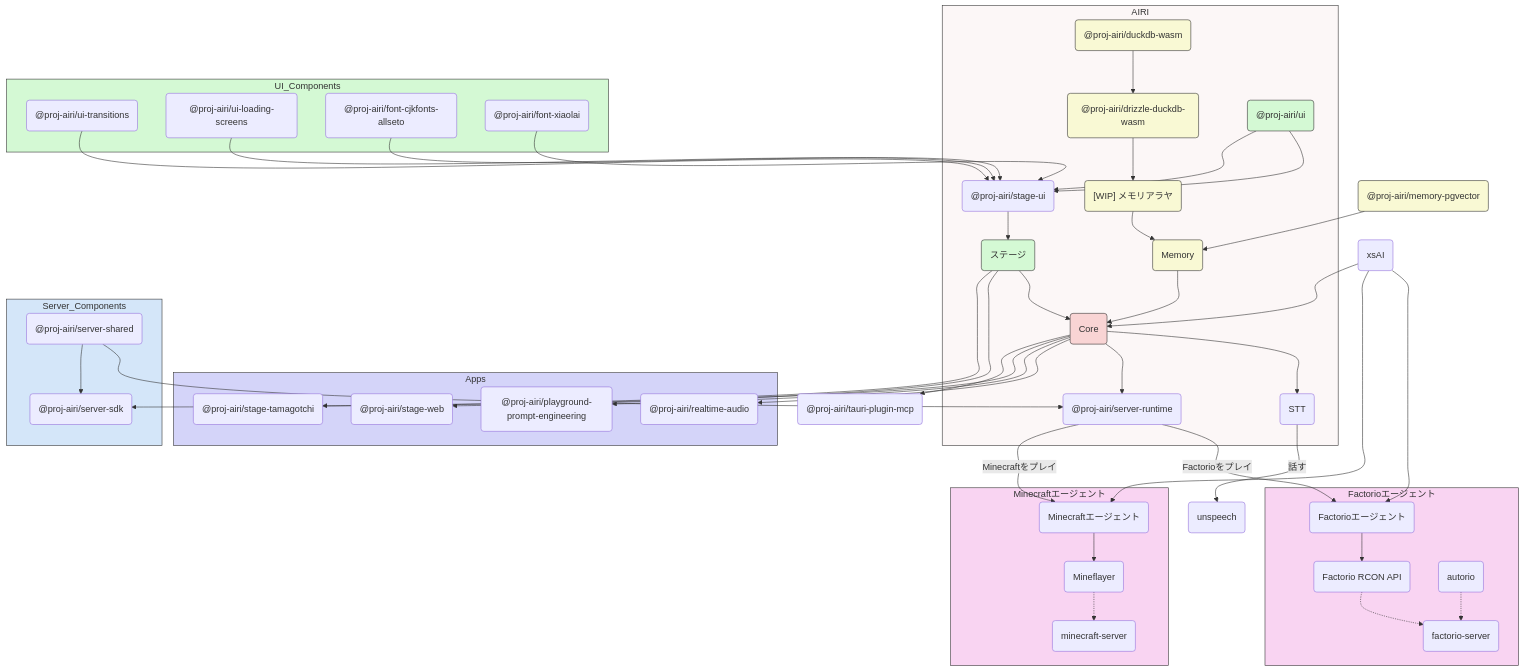
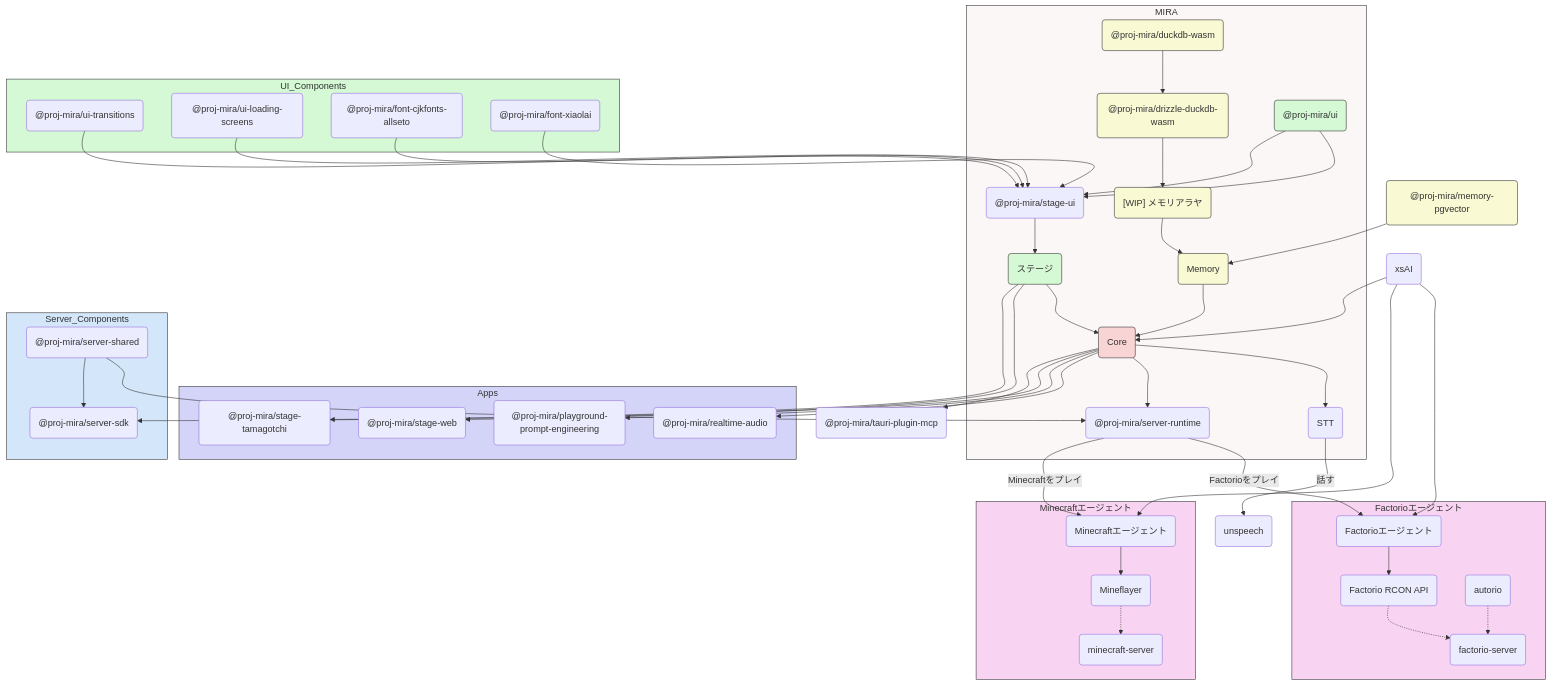
Before and after one commit to dumkeacee149-blip/mira: the diagram in docs/README.ja-JP.md, drawn with Mermaid. The commit also changed other lines of this file and 1014 other files, not shown here.

```diff
--- a/docs/README.ja-JP.md
+++ b/docs/README.ja-JP.md
@@ -346,17 +346,17 @@
 flowchart TD
   Core("Core")
   Unspeech("unspeech")
-  DBDriver("@proj-airi/drizzle-duckdb-wasm")
+  DBDriver("@proj-mira/drizzle-duckdb-wasm")
   MemoryDriver("[WIP] メモリアラヤ")
-  DB1("@proj-airi/duckdb-wasm")
-  SVRT("@proj-airi/server-runtime")
+  DB1("@proj-mira/duckdb-wasm")
+  SVRT("@proj-mira/server-runtime")
   Memory("Memory")
   STT("STT")
   Stage("ステージ")
-  StageUI("@proj-airi/stage-ui")
-  UI("@proj-airi/ui")
+  StageUI("@proj-mira/stage-ui")
+  UI("@proj-mira/ui")
 
-  subgraph AIRI
+  subgraph MIRA
     DB1 --> DBDriver --> MemoryDriver --> Memory --> Core
     UI --> StageUI --> Stage --> Core
     Core --> STT
@@ -365,22 +365,22 @@
 
   subgraph UI_Components
     UI --> StageUI
-    UITransitions("@proj-airi/ui-transitions") --> StageUI
-    UILoadingScreens("@proj-airi/ui-loading-screens") --> StageUI
-    FontCJK("@proj-airi/font-cjkfonts-allseto") --> StageUI
-    FontXiaolai("@proj-airi/font-xiaolai") --> StageUI
+    UITransitions("@proj-mira/ui-transitions") --> StageUI
+    UILoadingScreens("@proj-mira/ui-loading-screens") --> StageUI
+    FontCJK("@proj-mira/font-cjkfonts-allseto") --> StageUI
+    FontXiaolai("@proj-mira/font-xiaolai") --> StageUI
   end
 
   subgraph Apps
-    Stage --> StageWeb("@proj-airi/stage-web")
-    Stage --> StageTamagotchi("@proj-airi/stage-tamagotchi")
-    Core --> RealtimeAudio("@proj-airi/realtime-audio")
-    Core --> PromptEngineering("@proj-airi/playground-prompt-engineering")
+    Stage --> StageWeb("@proj-mira/stage-web")
+    Stage --> StageTamagotchi("@proj-mira/stage-tamagotchi")
+    Core --> RealtimeAudio("@proj-mira/realtime-audio")
+    Core --> PromptEngineering("@proj-mira/playground-prompt-engineering")
   end
 
   subgraph Server_Components
-    Core --> ServerSDK("@proj-airi/server-sdk")
-    ServerShared("@proj-airi/server-shared") --> SVRT
+    Core --> ServerSDK("@proj-mira/server-sdk")
+    ServerShared("@proj-mira/server-shared") --> SVRT
     ServerShared --> ServerSDK
   end
 
@@ -410,11 +410,11 @@
   XSAI --> F_AGENT
   XSAI --> MC_AGENT
 
-  Core --> TauriMCP("@proj-airi/tauri-plugin-mcp")
-  Memory_PGVector("@proj-airi/memory-pgvector") --> Memory
+  Core --> TauriMCP("@proj-mira/tauri-plugin-mcp")
+  Memory_PGVector("@proj-mira/memory-pgvector") --> Memory
 
   style Core fill:#f9d4d4,stroke:#333,stroke-width:1px
-  style AIRI fill:#fcf7f7,stroke:#333,stroke-width:1px
+  style MIRA fill:#fcf7f7,stroke:#333,stroke-width:1px
   style UI fill:#d4f9d4,stroke:#333,stroke-width:1px
   style Stage fill:#d4f9d4,stroke:#333,stroke-width:1px
   style UI_Components fill:#d4f9d4,stroke:#333,stroke-width:1px
```
